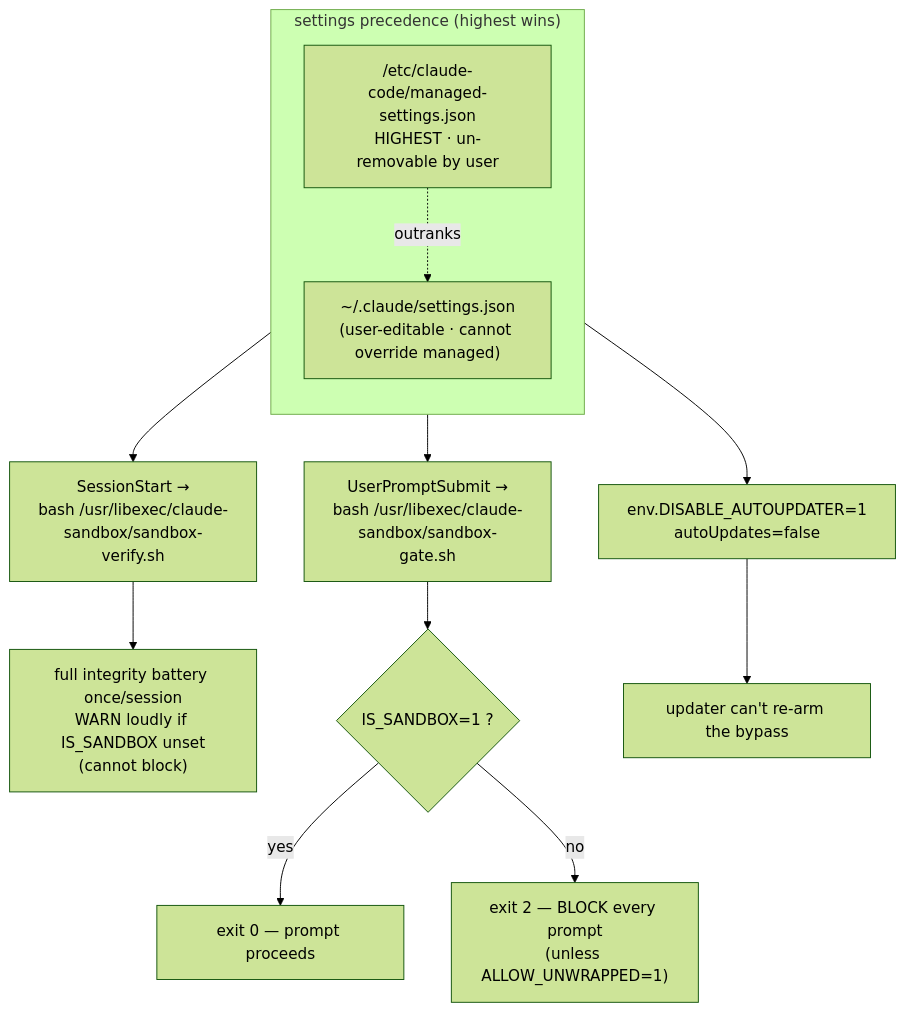
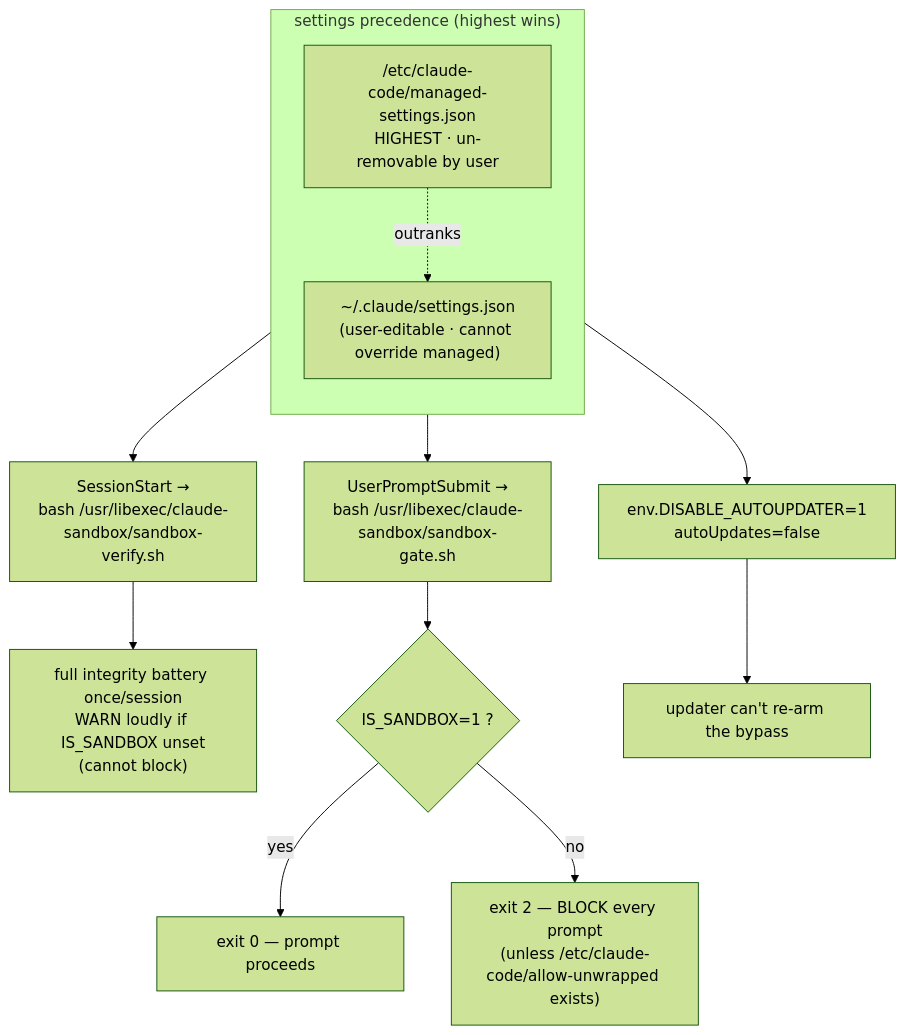
The fourth of 6 diagrams in docs/explanations/architecture.md (gilesknap/claude-sandbox), drawn with Mermaid (forest theme) before and after one commit. The commit also changed other lines of this file and 7 other files, not shown here.

````diff
--- a/docs/explanations/architecture.md
+++ b/docs/explanations/architecture.md
@@ -237,19 +237,19 @@
 ```{mermaid}
 graph TD
     subgraph precedence["settings precedence (highest wins)"]
         direction TB
         managed["/etc/claude-code/managed-settings.json<br/>HIGHEST · un-removable by user"]
         userset["~/.claude/settings.json<br/>(user-editable · cannot override managed)"]
         managed -.->|outranks| userset
     end
 
     managed --> ss["SessionStart →<br/>bash /usr/libexec/claude-sandbox/sandbox-verify.sh"]
     managed --> ups["UserPromptSubmit →<br/>bash /usr/libexec/claude-sandbox/sandbox-gate.sh"]
     managed --> upd["env.DISABLE_AUTOUPDATER=1<br/>autoUpdates=false"]
 
     ss --> ssact["full integrity battery once/session<br/>WARN loudly if IS_SANDBOX unset<br/>(cannot block)"]
     ups --> upsact{"IS_SANDBOX=1 ?"}
     upsact -->|yes| pass["exit 0 — prompt proceeds"]
-    upsact -->|no| block["exit 2 — BLOCK every prompt<br/>(unless ALLOW_UNWRAPPED=1)"]
+    upsact -->|no| block["exit 2 — BLOCK every prompt<br/>(unless /etc/claude-code/allow-unwrapped exists)"]
     upd --> noarm["updater can't re-arm the bypass"]
 ```
````
